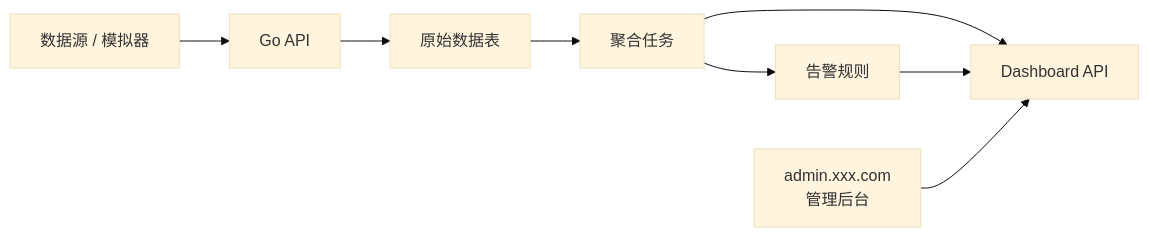
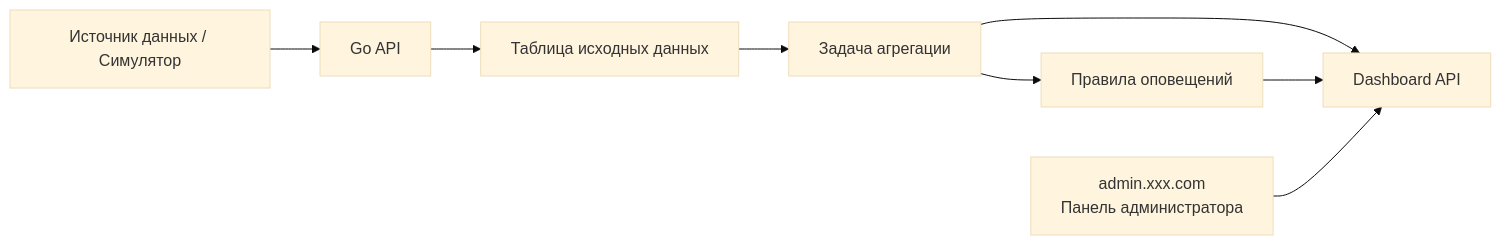
One commit to Libertad-Harbour-LLC/study_vibe changed the first of 2 diagrams in docs/ru-ru/stage-2/assignments/traffic-data-visualization-go/PRD.md. Above: the diagram before and after it, drawn with Mermaid (base theme). The commit also changed other lines of this file and 1 other file, not shown here.

````diff
--- a/docs/ru-ru/stage-2/assignments/traffic-data-visualization-go/PRD.md
+++ b/docs/ru-ru/stage-2/assignments/traffic-data-visualization-go/PRD.md
@@ -15,10 +15,10 @@
 ```mermaid
 flowchart LR
-  SOURCE["数据源 / 模拟器"] --> API["Go API"]
-  API --> RAW["原始数据表"]
-  RAW --> AGG["聚合任务"]
-  AGG --> ALERT["告警规则"]
+  SOURCE["Источник данных / Симулятор"] --> API["Go API"]
+  API --> RAW["Таблица исходных данных"]
+  RAW --> AGG["Задача агрегации"]
+  AGG --> ALERT["Правила оповещений"]
   AGG --> DASH["Dashboard API"]
   ALERT --> DASH
-  ADMIN["admin.xxx.com<br/>管理后台"] --> DASH
+  ADMIN["admin.xxx.com<br/>Панель администратора"] --> DASH
 ```
````
